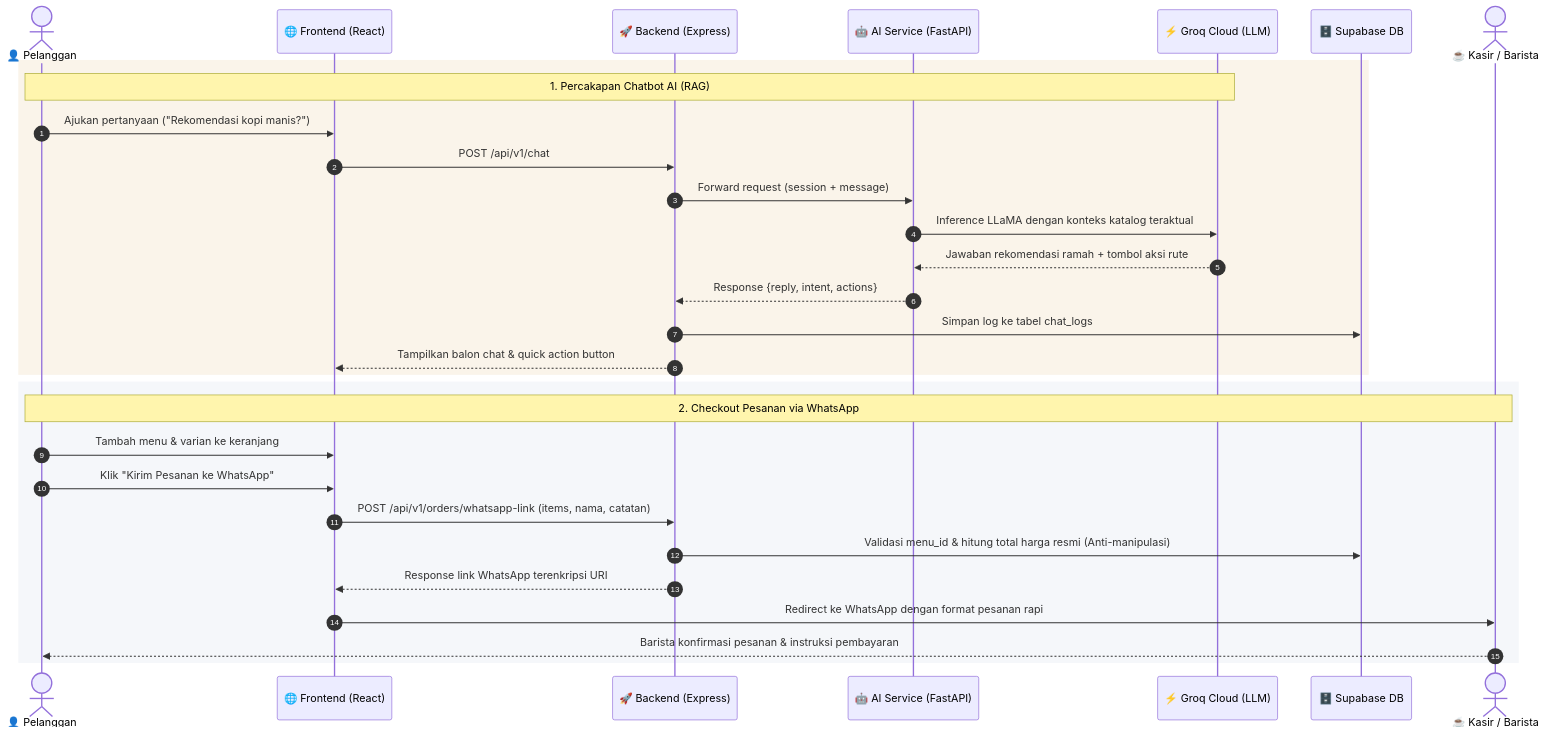
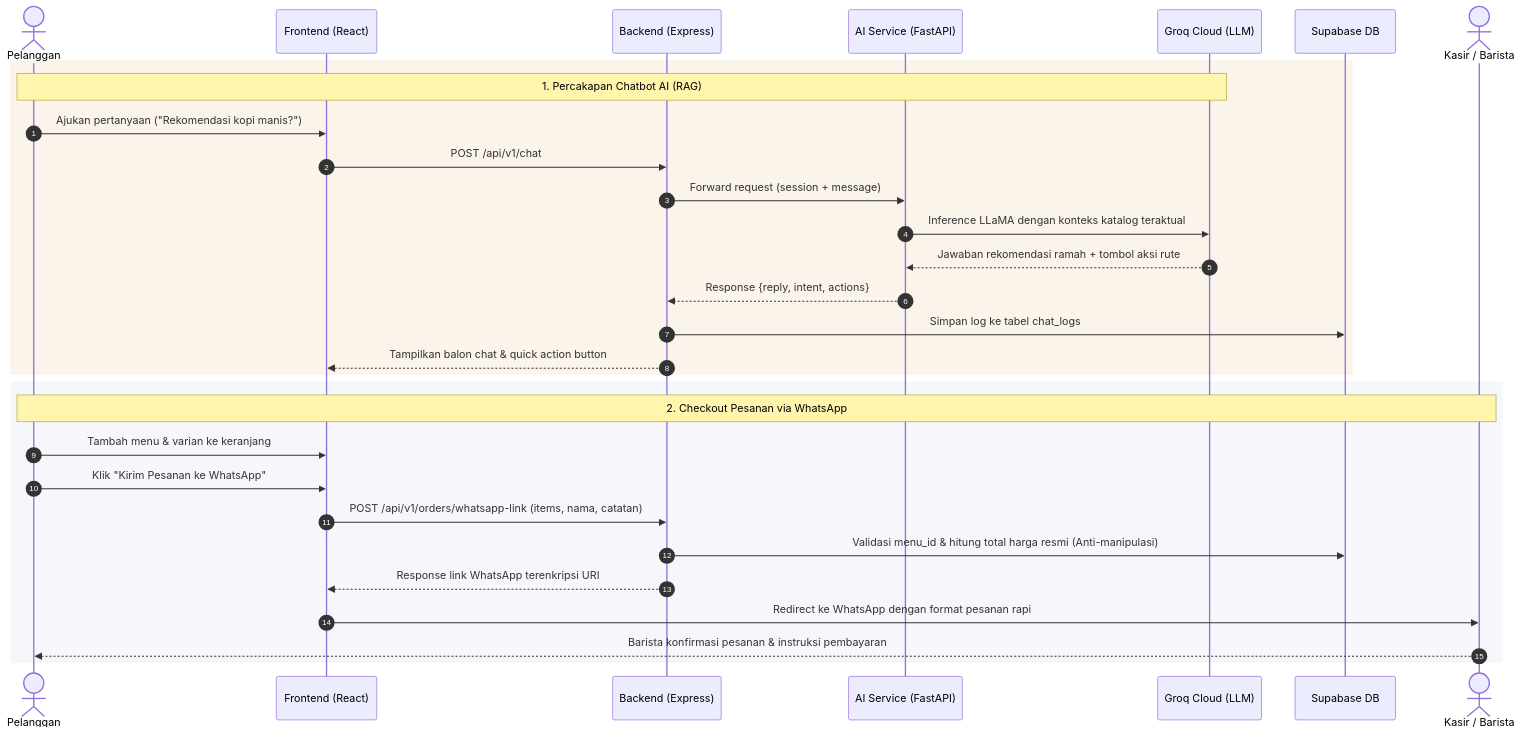
Before and after one commit to andrebaik/Himar-Coffee: the second of 2 diagrams in README.md, drawn with Mermaid. The commit also changed other lines of this file, not shown here.

````diff
--- a/README.md
+++ b/README.md
@@ -90,34 +90,34 @@
 ```mermaid
 sequenceDiagram
     autonumber
-    actor Pelanggan as 👤 Pelanggan
-    participant Web as 🌐 Frontend (React)
-    participant API as 🚀 Backend (Express)
-    participant AI as 🤖 AI Service (FastAPI)
-    participant Groq as ⚡ Groq Cloud (LLM)
-    participant DB as 🗄️ Supabase DB
-    actor Kasir as ☕ Kasir / Barista
+    actor Pelanggan as  Pelanggan
+    participant Web as  Frontend (React)
+    participant API as  Backend (Express)
+    participant AI as  AI Service (FastAPI)
+    participant Groq as  Groq Cloud (LLM)
+    participant DB as  Supabase DB
+    actor Kasir as  Kasir / Barista
 
     rect rgb(250, 244, 234)
     note over Pelanggan, Groq: 1. Percakapan Chatbot AI (RAG)
     Pelanggan->>Web: Ajukan pertanyaan ("Rekomendasi kopi manis?")
     Web->>API: POST /api/v1/chat
     API->>AI: Forward request (session + message)
     AI->>Groq: Inference LLaMA dengan konteks katalog teraktual
     Groq-->>AI: Jawaban rekomendasi ramah + tombol aksi rute
     AI-->>API: Response {reply, intent, actions}
     API->>DB: Simpan log ke tabel chat_logs
     API-->>Web: Tampilkan balon chat & quick action button
     end
 
     rect rgb(245, 247, 250)
     note over Pelanggan, Kasir: 2. Checkout Pesanan via WhatsApp
     Pelanggan->>Web: Tambah menu & varian ke keranjang
     Pelanggan->>Web: Klik "Kirim Pesanan ke WhatsApp"
     Web->>API: POST /api/v1/orders/whatsapp-link (items, nama, catatan)
     API->>DB: Validasi menu_id & hitung total harga resmi (Anti-manipulasi)
     API-->>Web: Response link WhatsApp terenkripsi URI
     Web->>Kasir: Redirect ke WhatsApp dengan format pesanan rapi
     Kasir-->>Pelanggan: Barista konfirmasi pesanan & instruksi pembayaran
     end
 ```
````
